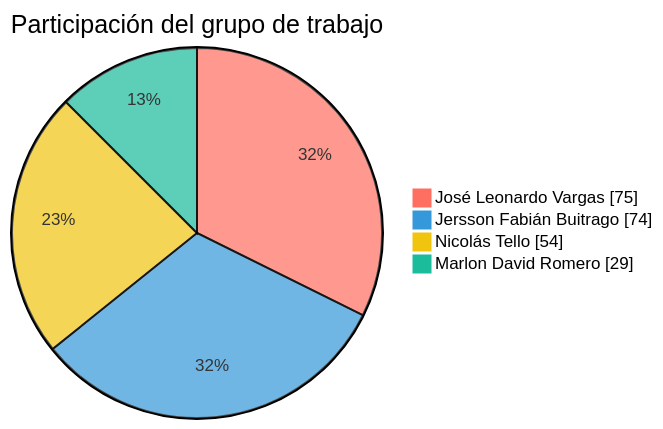
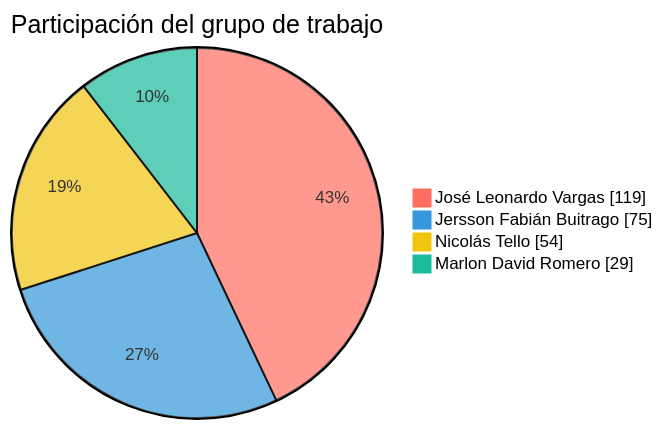
Before and after one commit to FarmaExpres/FarmaExpres: the first of 2 diagrams in README.md, drawn with Mermaid. The commit also changed other lines of this file and 1 other file, not shown here.

````diff
--- a/README.md
+++ b/README.md
@@ -389,9 +389,9 @@
 ```mermaid
 %%{init: {"themeVariables": {"pie1": "#ff6f61", "pie2": "#3498db", "pie3": "#f1c40f", "pie4": "#1abc9c", "pieLabelColor": "#000000", "pieLabelFontSize": "24px", "pieLabelFontWeight": "700"}}}%%
 pie showData
     title Participación del grupo de trabajo
-    "José Leonardo Vargas" : 75
-    "Jersson Fabián Buitrago" : 74
+    "José Leonardo Vargas" : 119
+    "Jersson Fabián Buitrago" : 75
     "Nicolás Tello" : 54
     "Marlon David Romero" : 29
 ```
````
